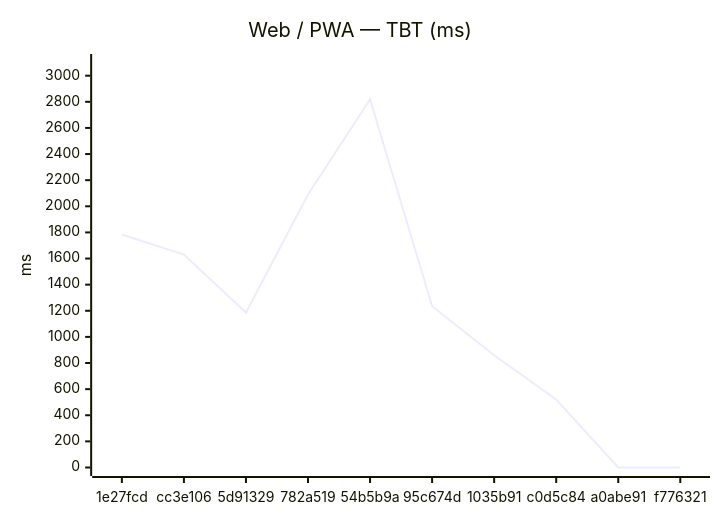
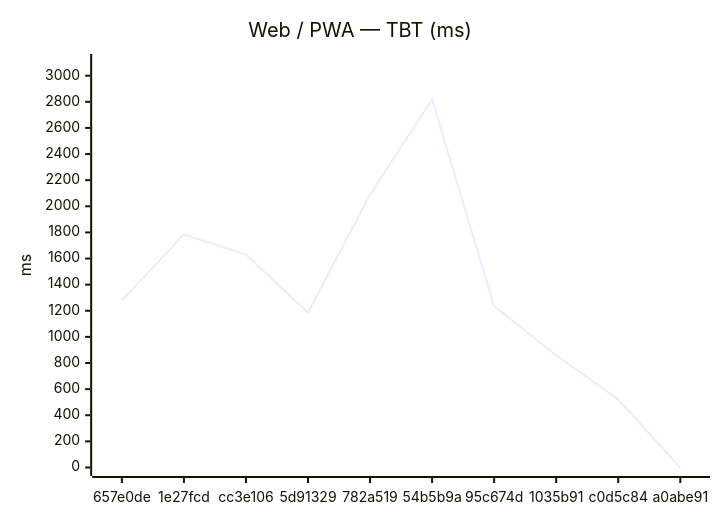
One commit to Metaheurist/Rianell changed the second of 18 diagrams in benchmarks/compare.md. Above: the diagram before and after it, drawn with Mermaid. The commit also changed other lines of this file and 11 other files, not shown here.

````diff
--- a/benchmarks/compare.md
+++ b/benchmarks/compare.md
@@ -31,7 +31,7 @@
 ```mermaid
 xychart-beta
     title "Web / PWA — TBT (ms)"
-    x-axis ["1e27fcd", "cc3e106", "5d91329", "782a519", "54b5b9a", "95c674d", "1035b91", "c0d5c84", "a0abe91", "f776321"]
+    x-axis ["657e0de", "1e27fcd", "cc3e106", "5d91329", "782a519", "54b5b9a", "95c674d", "1035b91", "c0d5c84", "a0abe91"]
     y-axis "ms" 0 --> 3101
-    line [1784, 1630, 1186, 2090, 2819, 1235, 859, 521, 0, 0]
+    line [1279, 1784, 1630, 1186, 2090, 2819, 1235, 859, 521, 0]
 ```
````
